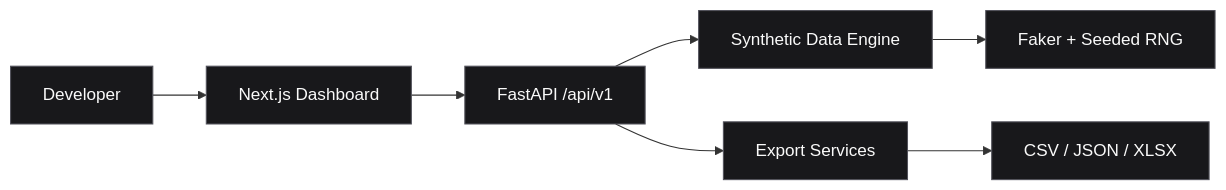
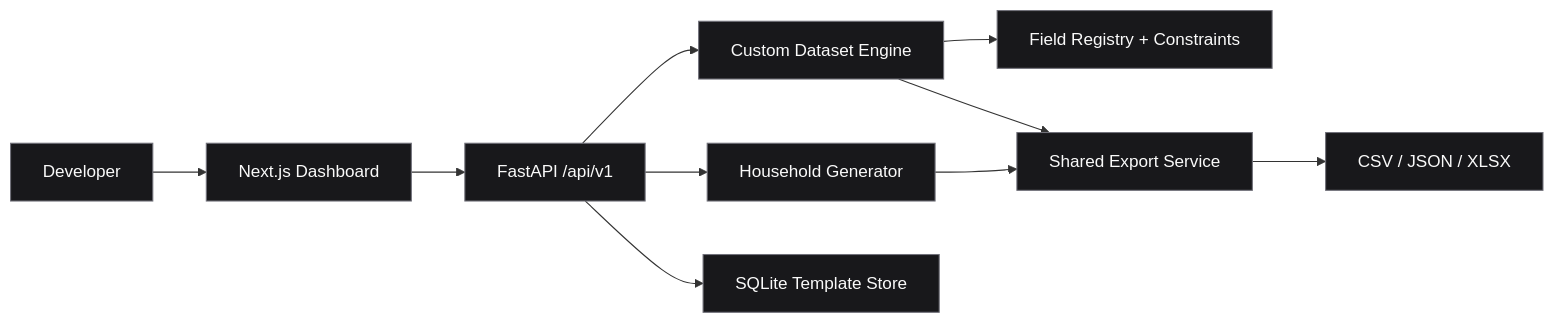
Before and after one commit to SPATIBAIII/alza-devkit: the diagram in README.md, drawn with Mermaid. The commit also changed other lines of this file, not shown here.

````diff
--- a/README.md
+++ b/README.md
@@ -76,11 +40,14 @@
 ```mermaid
 flowchart LR
     U["Developer"] --> W["Next.js Dashboard"]
     W --> A["FastAPI /api/v1"]
-    A --> G["Synthetic Data Engine"]
-    G --> F["Faker + Seeded RNG"]
-    A --> E["Export Services"]
-    E --> O["CSV / JSON / XLSX"]
-    classDef surface fill:#18181b,stroke:#52525b,color:#fafafa
-    class U,W,A,G,F,E,O surface
+    A --> H["Household Generator"]
+    A --> C["Custom Dataset Engine"]
+    C --> R["Field Registry + Constraints"]
+    A --> T["SQLite Template Store"]
+    H --> E["Shared Export Service"]
+    C --> E
+    E --> F["CSV / JSON / XLSX"]
+    classDef dark fill:#18181b,stroke:#71717a,color:#fafafa
+    class U,W,A,H,C,R,T,E,F dark
 ```
````
